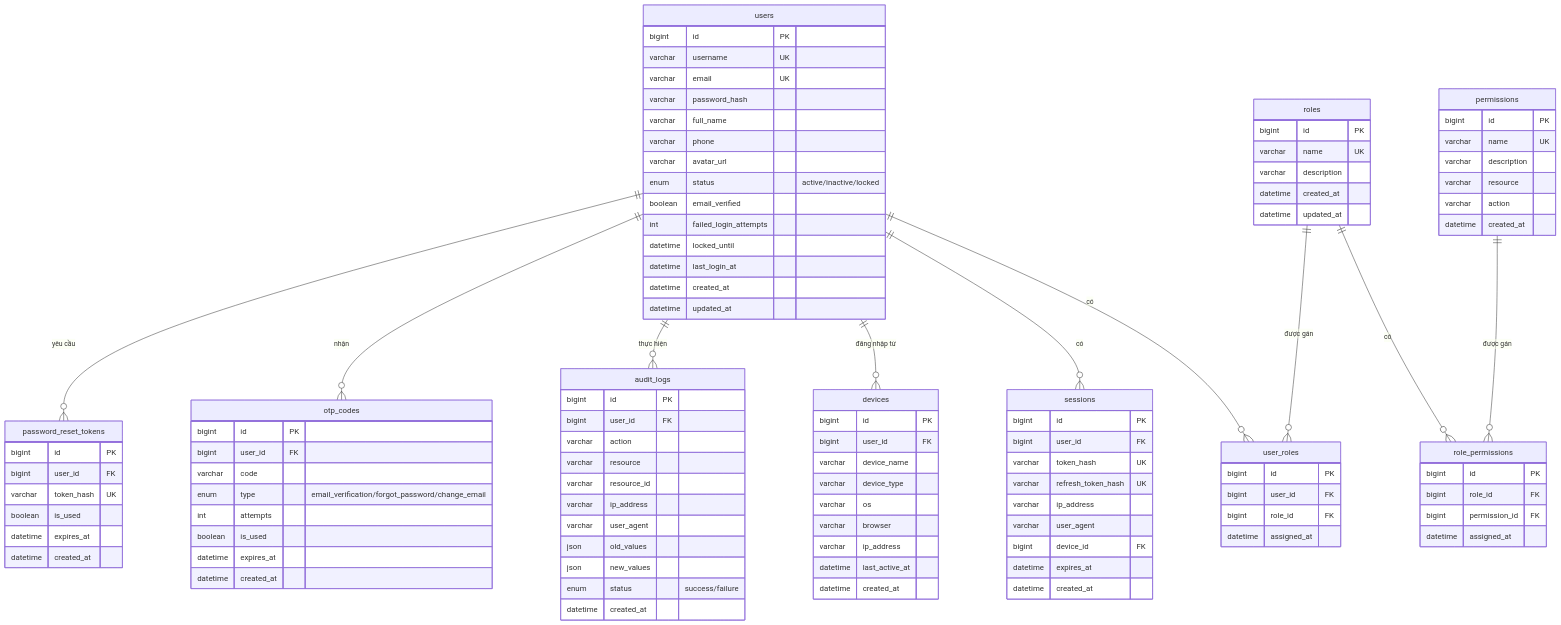
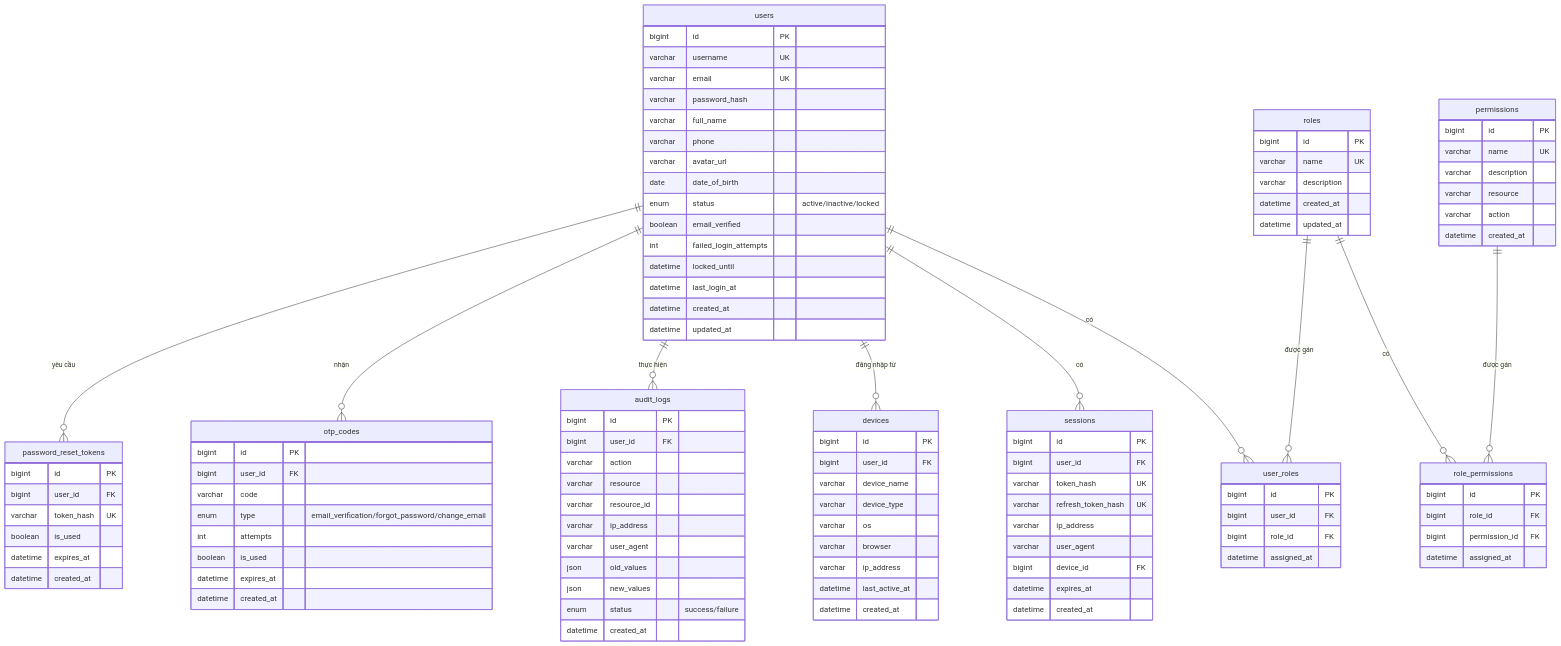
The diagram in docs/05-database-design.md (Quocdev03/user_access_management), drawn with Mermaid before and after one commit. The commit also changed other lines of this file, not shown here.

Commit message:
docs: add database design documentation including ERD and schema definitions

```diff
--- a/docs/05-database-design.md
+++ b/docs/05-database-design.md
@@ -28,6 +28,7 @@
         varchar full_name
         varchar phone
         varchar avatar_url
+        date date_of_birth
         enum status "active/inactive/locked"
         boolean email_verified
         int failed_login_attempts
```
